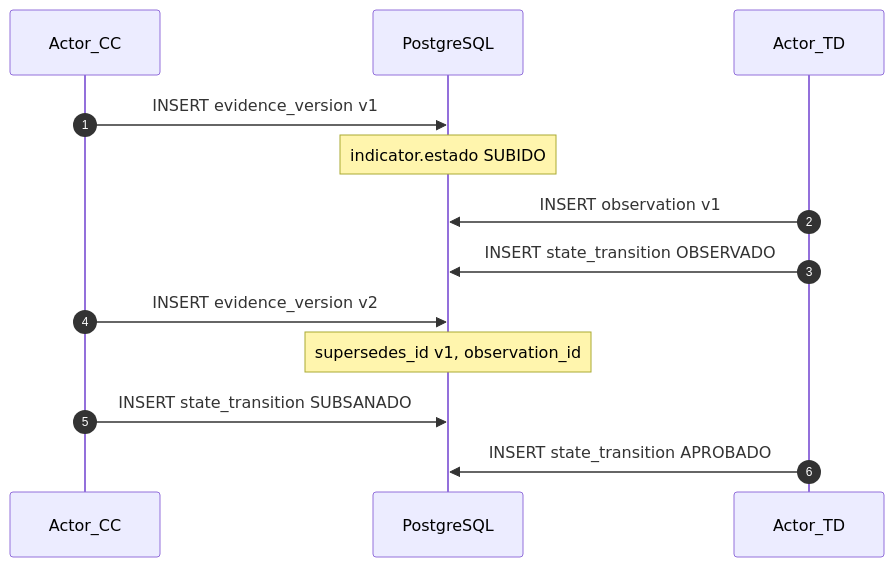
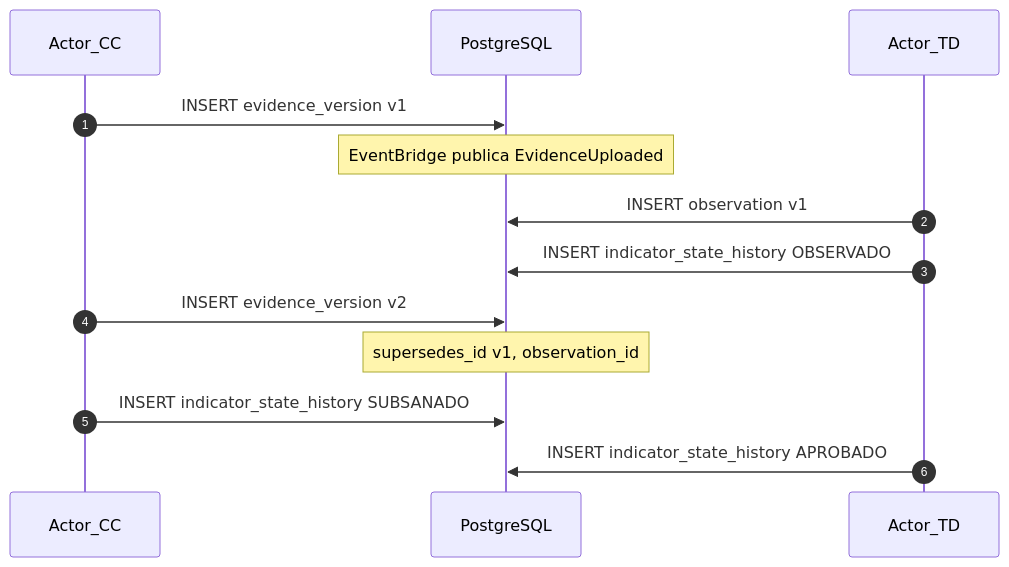
The third of 3 diagrams in docs/05_dti/modelo_datos.md (AcredIA-UMSS/sigesa-docs), drawn with Mermaid before and after one commit. The commit also changed other lines of this file and 40 other files, not shown here.

First line of the commit message:
docs(dti): align SIGESA cloud architecture v1

````diff
--- a/docs/05_dti/modelo_datos.md
+++ b/docs/05_dti/modelo_datos.md
@@ -305,15 +313,15 @@
 ```mermaid
 sequenceDiagram
   autonumber
   participant CC as Actor_CC
   participant DB as PostgreSQL
   participant TD as Actor_TD
   CC->>DB: INSERT evidence_version v1
-  Note over DB: indicator.estado SUBIDO
+  Note over DB: EventBridge publica EvidenceUploaded
   TD->>DB: INSERT observation v1
-  TD->>DB: INSERT state_transition OBSERVADO
+  TD->>DB: INSERT indicator_state_history OBSERVADO
   CC->>DB: INSERT evidence_version v2
   Note over DB: supersedes_id v1, observation_id
-  CC->>DB: INSERT state_transition SUBSANADO
-  TD->>DB: INSERT state_transition APROBADO
+  CC->>DB: INSERT indicator_state_history SUBSANADO
+  TD->>DB: INSERT indicator_state_history APROBADO
 ```
````
